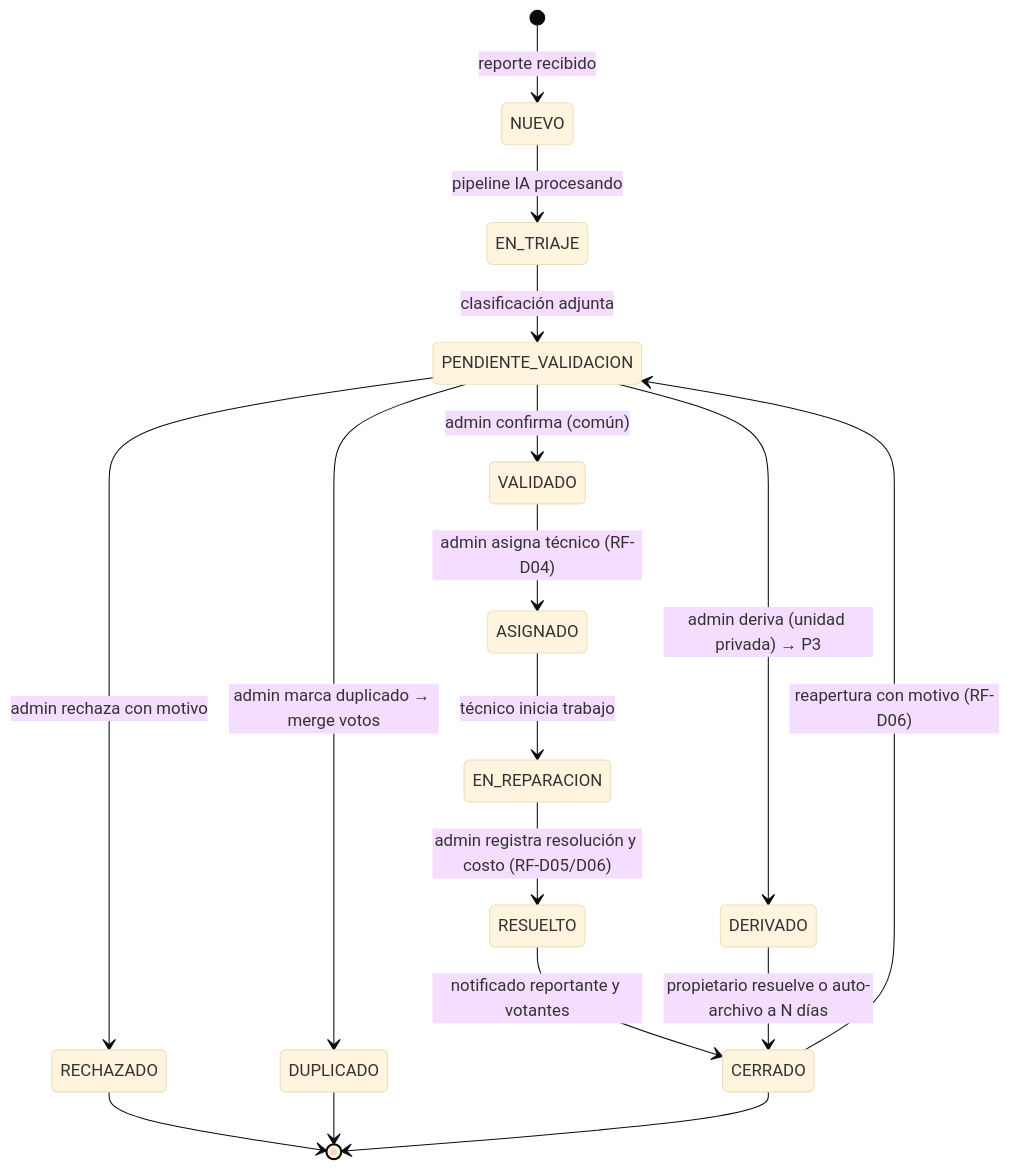
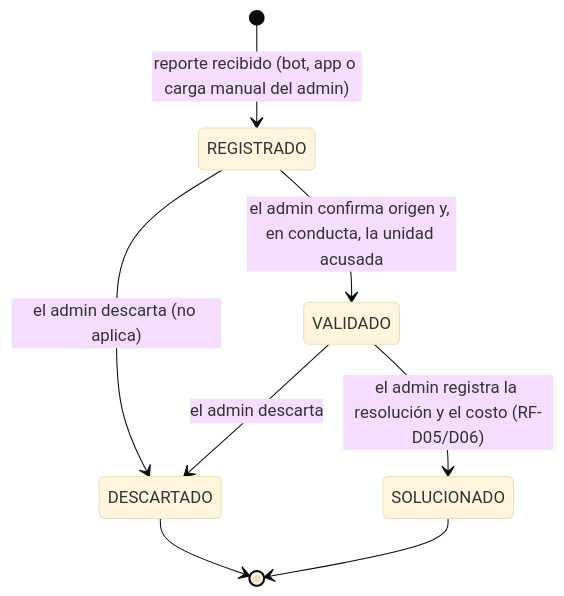
One commit to felipeganame/ConsorFix changed the third of 9 diagrams in docs/03-procesos-bpmn.md. Above: the diagram before and after it, drawn with Mermaid (base theme). The commit also changed other lines of this file and 3 other files, not shown here.

````diff
--- a/docs/03-procesos-bpmn.md
+++ b/docs/03-procesos-bpmn.md
@@ -92,19 +94,10 @@
 ```mermaid
 stateDiagram-v2
-    [*] --> NUEVO : reporte recibido
-    NUEVO --> EN_TRIAJE : pipeline IA procesando
-    EN_TRIAJE --> PENDIENTE_VALIDACION : clasificación adjunta
-    PENDIENTE_VALIDACION --> VALIDADO : admin confirma (común)
-    PENDIENTE_VALIDACION --> DERIVADO : admin deriva (unidad privada) → P3
-    PENDIENTE_VALIDACION --> RECHAZADO : admin rechaza con motivo
-    PENDIENTE_VALIDACION --> DUPLICADO : admin marca duplicado → merge votos
-    VALIDADO --> ASIGNADO : admin asigna técnico (RF-D04)
-    ASIGNADO --> EN_REPARACION : técnico inicia trabajo
-    EN_REPARACION --> RESUELTO : admin registra resolución y costo (RF-D05/D06)
-    RESUELTO --> CERRADO : notificado reportante y votantes
-    DERIVADO --> CERRADO : propietario resuelve o auto-archivo a N días
-    CERRADO --> PENDIENTE_VALIDACION : reapertura con motivo (RF-D06)
-    RECHAZADO --> [*]
-    DUPLICADO --> [*]
-    CERRADO --> [*]
+    [*] --> REGISTRADO : reporte recibido (bot, app o carga manual del admin)
+    REGISTRADO --> VALIDADO : el admin confirma origen y, en conducta, la unidad acusada
+    REGISTRADO --> DESCARTADO : el admin descarta (no aplica)
+    VALIDADO --> SOLUCIONADO : el admin registra la resolución y el costo (RF-D05/D06)
+    VALIDADO --> DESCARTADO : el admin descarta
+    DESCARTADO --> [*]
+    SOLUCIONADO --> [*]
 ```
````
